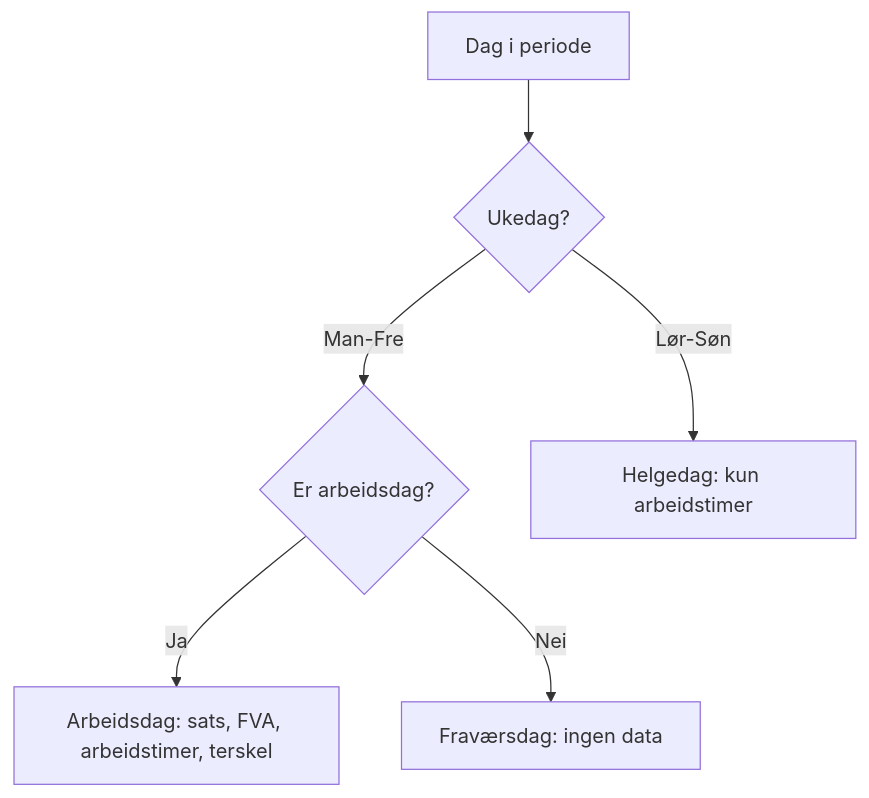
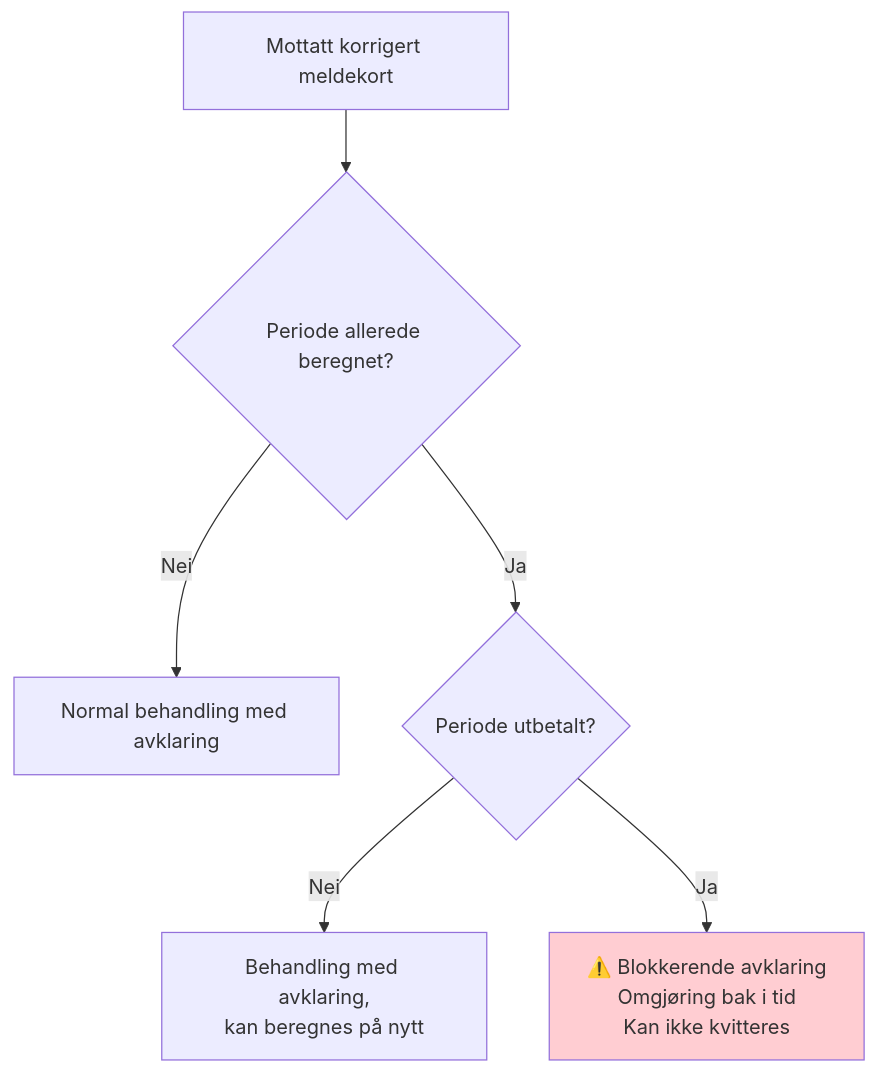
The ninth of 9 diagrams in docs/beregning-meldekort-flyt.md (navikt/dp-behandling), drawn with Mermaid before and after one commit. The commit also changed other lines of this file and 1 other file, not shown here.

````diff
--- a/docs/beregning-meldekort-flyt.md
+++ b/docs/beregning-meldekort-flyt.md
@@ -145,9 +469,10 @@
 ```mermaid
 flowchart TD
-    Dag[Dag i periode] --> Type{Ukedag?}
-    Type -->|Man-Fre| Hverdag{Er arbeidsdag?}
-    Type -->|Lør-Søn| Helgedag[Helgedag: kun arbeidstimer]
+    K[Mottatt korrigert meldekort] --> K1{Periode allerede beregnet?}
+    K1 -->|Nei| K2[Normal behandling med avklaring]
+    K1 -->|Ja| K3{Periode utbetalt?}
+    K3 -->|Nei| K4[Behandling med avklaring,<br/>kan beregnes på nytt]
+    K3 -->|Ja| K5[⚠️ Blokkerende avklaring<br/>Omgjøring bak i tid<br/>Kan ikke kvitteres]
     
-    Hverdag -->|Ja| Arbeidsdag[Arbeidsdag: sats, FVA, arbeidstimer, terskel]
-    Hverdag -->|Nei| Fravarsdag[Fraværsdag: ingen data]
+    style K5 fill:#ffcdd2
 ```
````
